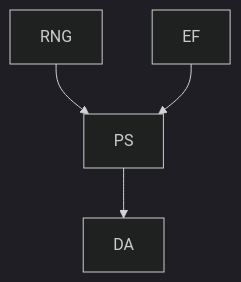
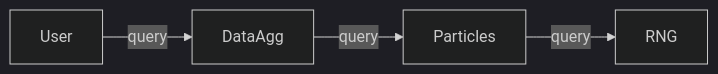
The first of 3 diagrams in README.md (willirath/2022_reproducible_distributed_scientific_computing), drawn with Mermaid (dark theme) before and after one commit. The commit also changed other lines of this file, not shown here.

````diff
--- a/README.md
+++ b/README.md
@@ -12,6 +12,6 @@
 ```mermaid
-graph TD;
-    RNG-->PS;
-    EF-->PS;
-    PS-->DA;
+graph LR;
+    Particles -->|query| RNG;
+    DataAgg -->|query| Particles;
+    User -->|query| DataAgg;
 ```
````
